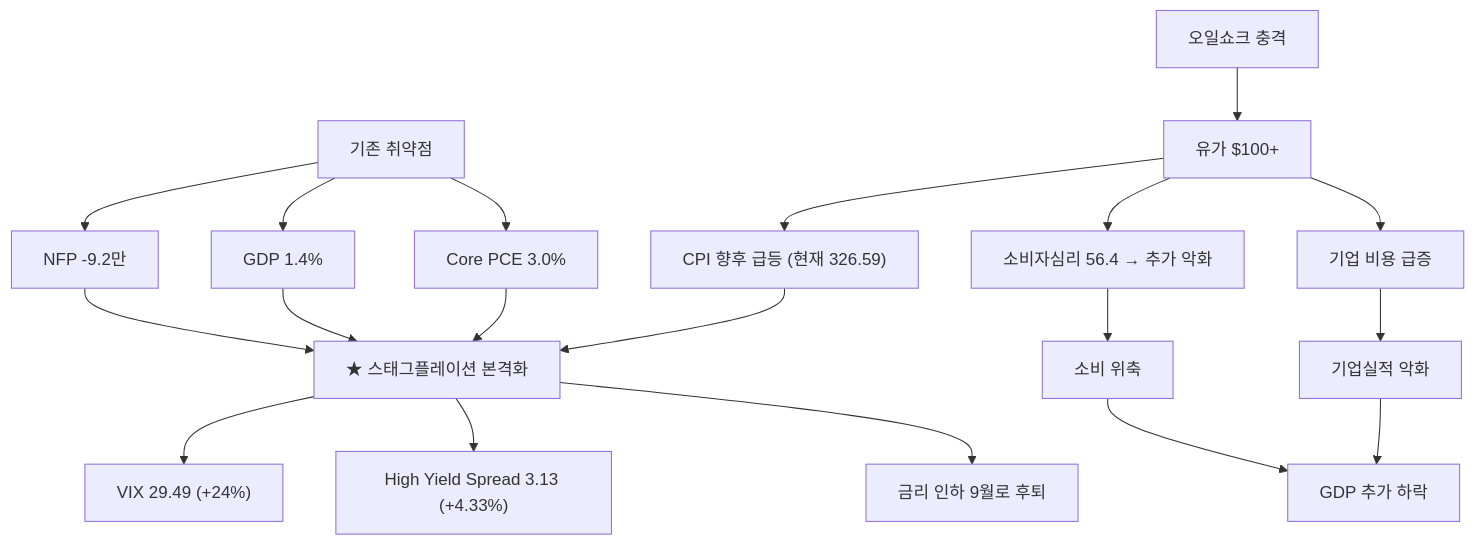
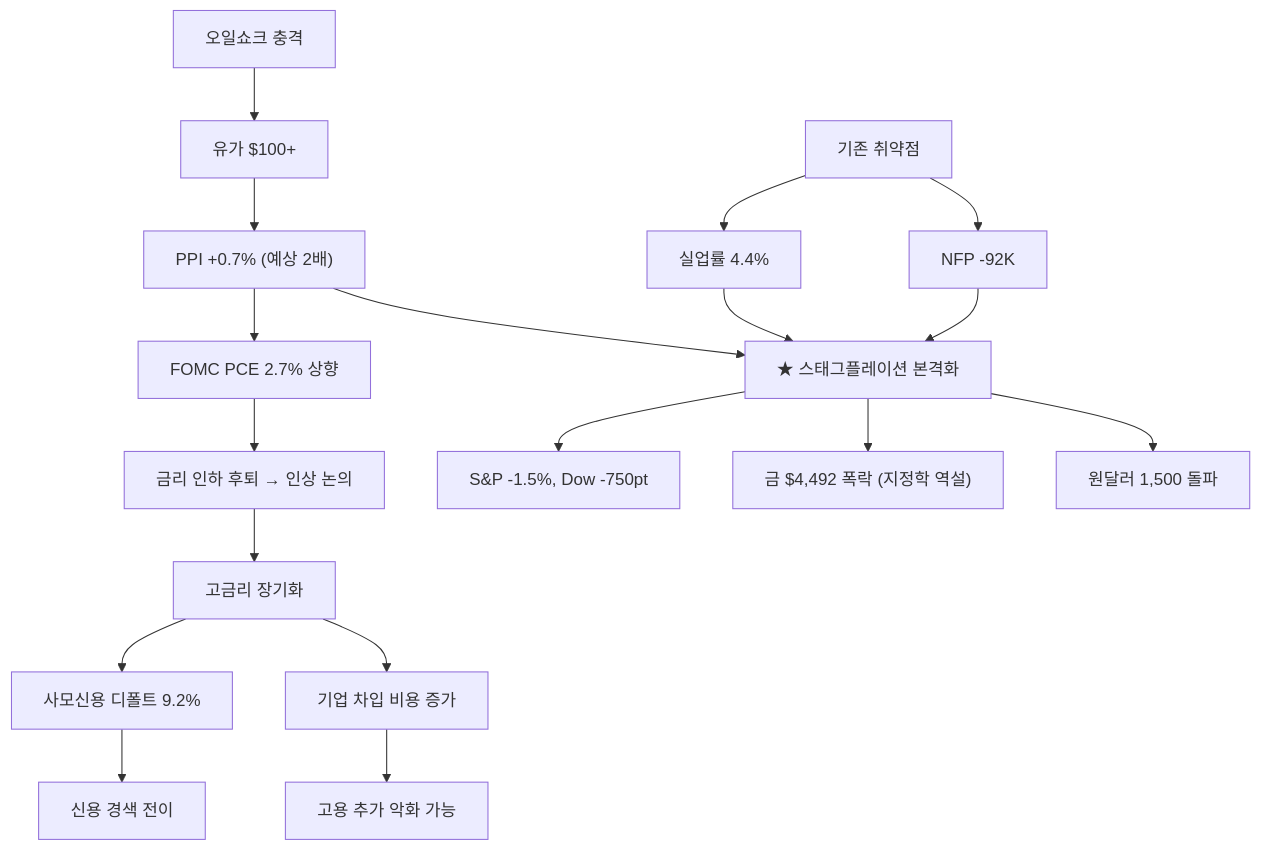
The eighth of 11 diagrams in _posts/knowledge/invest/2026-01-21-macroeconomic-policy-sector-outlook-2026.md (dss99911/dss99911.github.io), drawn with Mermaid before and after one commit. The commit also changed other lines of this file and 5 other files, not shown here.

````diff
--- a/_posts/knowledge/invest/2026-01-21-macroeconomic-policy-sector-outlook-2026.md
+++ b/_posts/knowledge/invest/2026-01-21-macroeconomic-policy-sector-outlook-2026.md
@@ -391,21 +318,20 @@
 ```mermaid
 graph TD
-    A["기존 취약점"] --> B["NFP -9.2만"]
-    A --> C["GDP 1.4%"]
-    A --> D["Core PCE 3.0%"]
+    A["기존 취약점"] --> B["NFP -92K"]
+    A --> C["실업률 4.4%"]
     E["오일쇼크 충격"] --> F["유가 $100+"]
-    F --> G["CPI 향후 급등 (현재 326.59)"]
-    F --> H["소비자심리 56.4 → 추가 악화"]
-    F --> I["기업 비용 급증"]
-    B --> J["★ 스태그플레이션 본격화"]
-    C --> J
-    D --> J
-    G --> J
-    H --> K["소비 위축"]
-    I --> L["기업실적 악화"]
-    K --> M["GDP 추가 하락"]
-    L --> M
-    J --> N["VIX 29.49 (+24%)"]
-    J --> O["High Yield Spread 3.13 (+4.33%)"]
-    J --> P["금리 인하 9월로 후퇴"]
+    F --> G["PPI +0.7% #40;예상 2배#41;"]
+    G --> H["FOMC PCE 2.7% 상향"]
+    H --> I["금리 인하 후퇴 → 인상 논의"]
+    I --> J["고금리 장기화"]
+    J --> K["사모신용 디폴트 9.2%"]
+    J --> L["기업 차입 비용 증가"]
+    K --> M["신용 경색 전이"]
+    L --> N["고용 추가 악화 가능"]
+    B --> O["★ 스태그플레이션 본격화"]
+    C --> O
+    G --> O
+    O --> P["S&P -1.5%, Dow -750pt"]
+    O --> Q["금 $4,492 폭락 #40;지정학 역설#41;"]
+    O --> R["원달러 1,500 돌파"]
 ```
````
